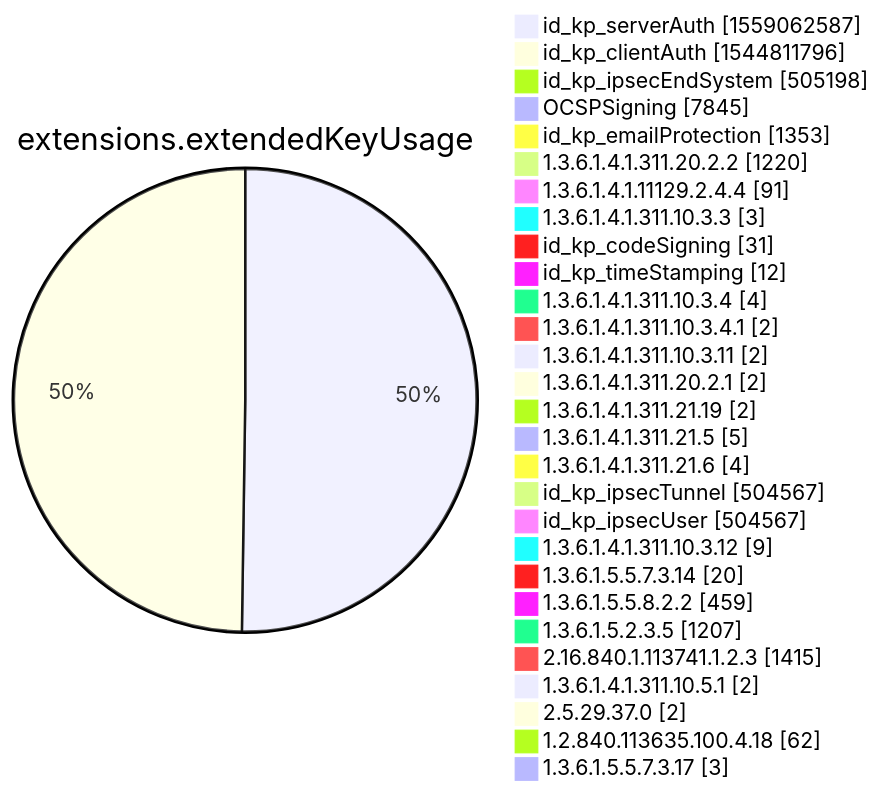
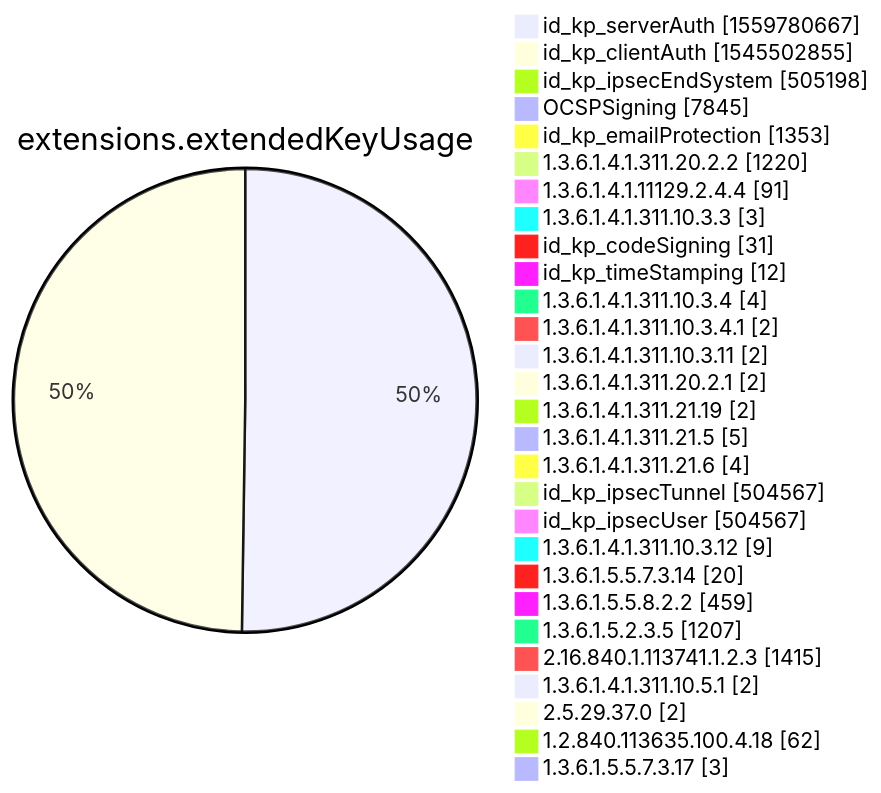
Diagram 12 of 15 in xenon2022/README.md (christiankrug/ctmonitor_visualization), drawn with Mermaid before and after one commit. The commit also changed other lines of this file, not shown here.

````diff
--- a/xenon2022/README.md
+++ b/xenon2022/README.md
@@ -3883,32 +3883,32 @@
 ```mermaid
 pie showData
 title extensions.extendedKeyUsage
-"id_kp_serverAuth" :1559062587
-"id_kp_clientAuth" :1544811796
+"id_kp_serverAuth" :1559780667
+"id_kp_clientAuth" :1545502855
 "id_kp_ipsecEndSystem" :505198
 "OCSPSigning" :7845
 "id_kp_emailProtection" :1353
 "1.3.6.1.4.1.311.20.2.2" :1220
 "1.3.6.1.4.1.11129.2.4.4" :91
 "1.3.6.1.4.1.311.10.3.3" :3
 "id_kp_codeSigning" :31
 "id_kp_timeStamping" :12
 "1.3.6.1.4.1.311.10.3.4" :4
 "1.3.6.1.4.1.311.10.3.4.1" :2
 "1.3.6.1.4.1.311.10.3.11" :2
 "1.3.6.1.4.1.311.20.2.1" :2
 "1.3.6.1.4.1.311.21.19" :2
 "1.3.6.1.4.1.311.21.5" :5
 "1.3.6.1.4.1.311.21.6" :4
 "id_kp_ipsecTunnel" :504567
 "id_kp_ipsecUser" :504567
 "1.3.6.1.4.1.311.10.3.12" :9
 "1.3.6.1.5.5.7.3.14" :20
 "1.3.6.1.5.5.8.2.2" :459
 "1.3.6.1.5.2.3.5" :1207
 "2.16.840.1.113741.1.2.3" :1415
 "1.3.6.1.4.1.311.10.5.1" :2
 "2.5.29.37.0" :2
 "1.2.840.113635.100.4.18" :62
 "1.3.6.1.5.5.7.3.17" :3
 ```
````
